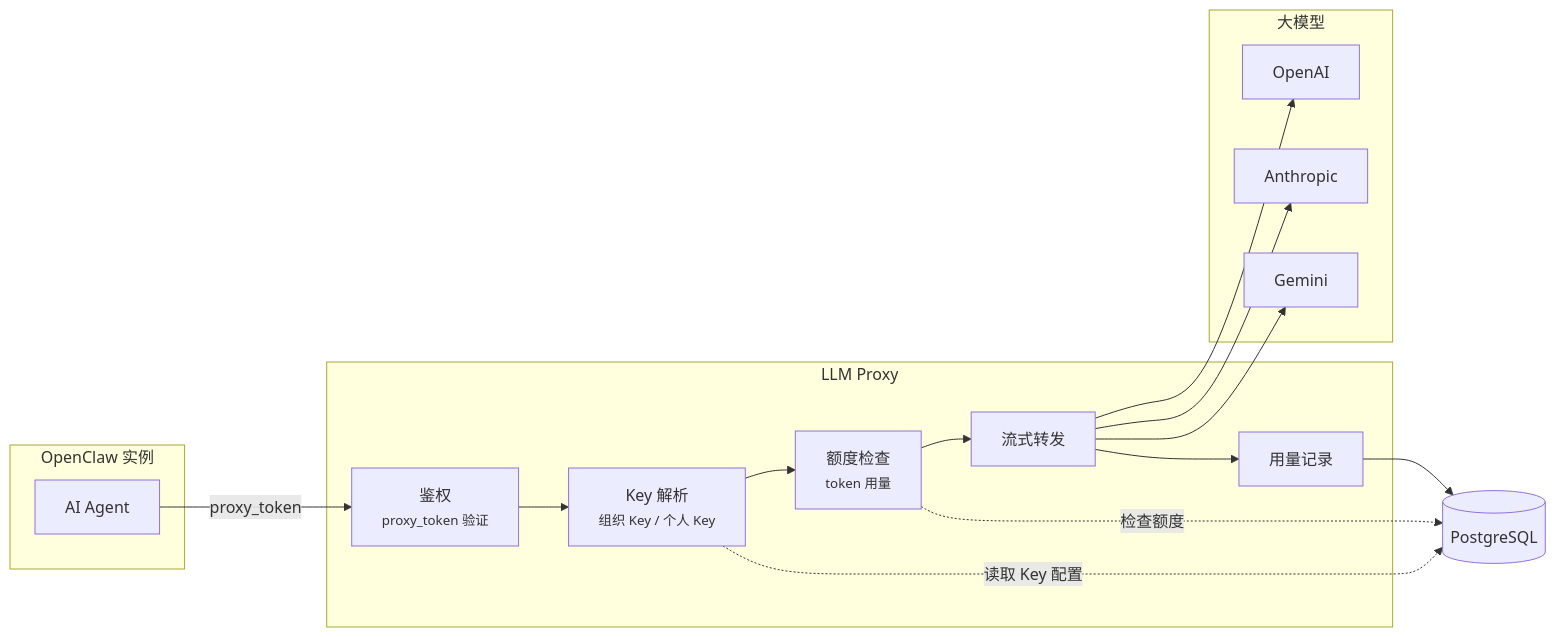
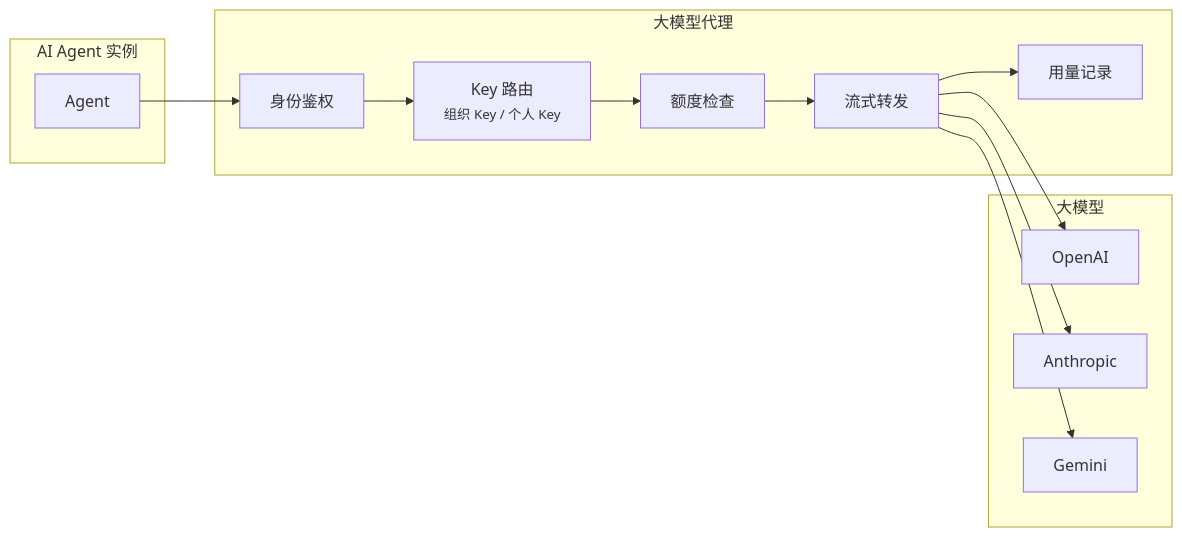
One commit to NoDeskAI/nodeskclaw changed the fourth of 4 diagrams in docs/项目介绍文档.md. Above: the diagram before and after it, drawn with Mermaid. The commit also changed other lines of this file, not shown here.

````diff
--- a/docs/项目介绍文档.md
+++ b/docs/项目介绍文档.md
@@ -153,32 +170,24 @@
 ```mermaid
 flowchart LR
-    subgraph OpenClaw 实例
-        Agent["AI Agent"]
+    subgraph "AI Agent 实例"
+        Agent["Agent"]
     end
 
-    subgraph LLM Proxy
-        Auth["鉴权<br/><small>proxy_token 验证</small>"]
-        Resolve["Key 解析<br/><small>组织 Key / 个人 Key</small>"]
-        Quota["额度检查<br/><small>token 用量</small>"]
+    subgraph "大模型代理"
+        Auth["身份鉴权"]
+        Resolve["Key 路由<br/><small>组织 Key / 个人 Key</small>"]
+        Quota["额度检查"]
         Forward["流式转发"]
         Log["用量记录"]
     end
 
     subgraph 大模型
         OpenAI["OpenAI"]
         Anthropic["Anthropic"]
         Gemini["Gemini"]
     end
 
-    DB[("PostgreSQL")]
-
-    Agent -->|proxy_token| Auth
-    Auth --> Resolve
-    Resolve --> Quota
-    Quota --> Forward
+    Agent --> Auth --> Resolve --> Quota --> Forward
     Forward --> OpenAI & Anthropic & Gemini
     Forward --> Log
-    Log --> DB
-    Resolve -.->|读取 Key 配置| DB
-    Quota -.->|检查额度| DB
 ```
````
